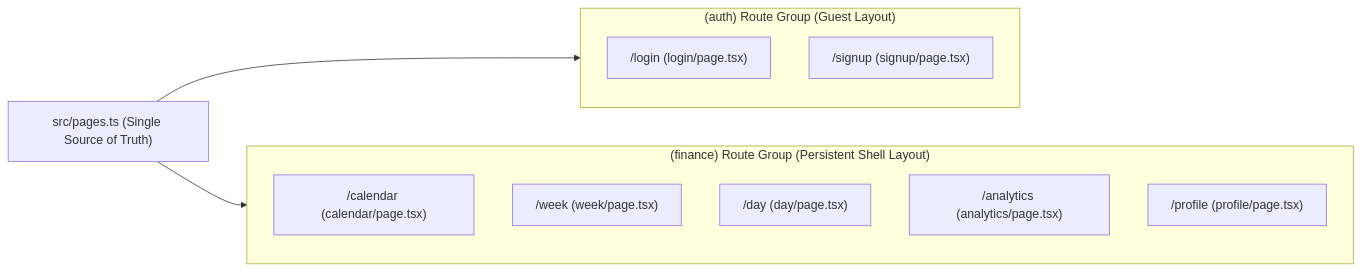
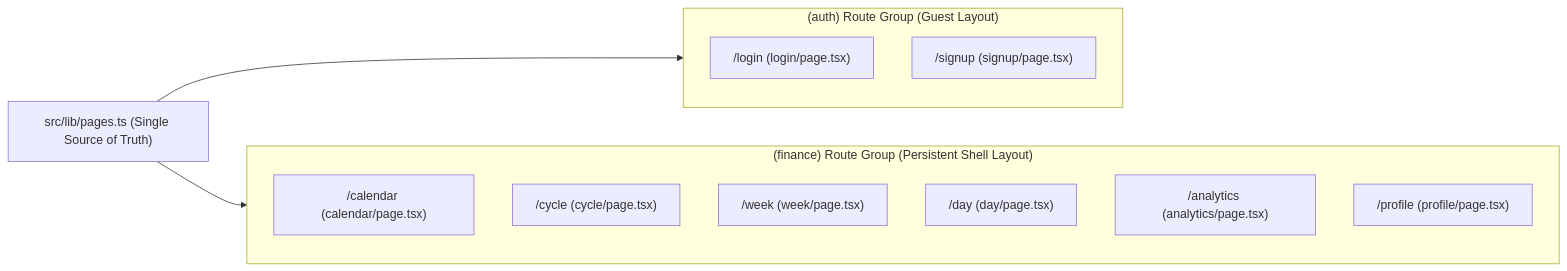
The second of 2 diagrams in docs/05-project-structure.md (nnminh-sam/my_finance), drawn with Mermaid before and after one commit. The commit also changed other lines of this file and 27 other files, not shown here.

First line of the commit message:
docs: sync architecture docs with salary cycle, date-range loading, and current layout

````diff
--- a/docs/05-project-structure.md
+++ b/docs/05-project-structure.md
@@ -205,20 +215,21 @@
 ```mermaid
 flowchart LR
-    Manifest["src/pages.ts (Single Source of Truth)"]
+    Manifest["src/lib/pages.ts (Single Source of Truth)"]
 
     subgraph AuthGroup["(auth) Route Group (Guest Layout)"]
         L["/login (login/page.tsx)"]
         S["/signup (signup/page.tsx)"]
     end
 
     subgraph FinGroup["(finance) Route Group (Persistent Shell Layout)"]
         C["/calendar (calendar/page.tsx)"]
+        Y["/cycle (cycle/page.tsx)"]
         W["/week (week/page.tsx)"]
         D["/day (day/page.tsx)"]
         A["/analytics (analytics/page.tsx)"]
         P["/profile (profile/page.tsx)"]
     end
 
     Manifest --> AuthGroup
     Manifest --> FinGroup
 ```
````
